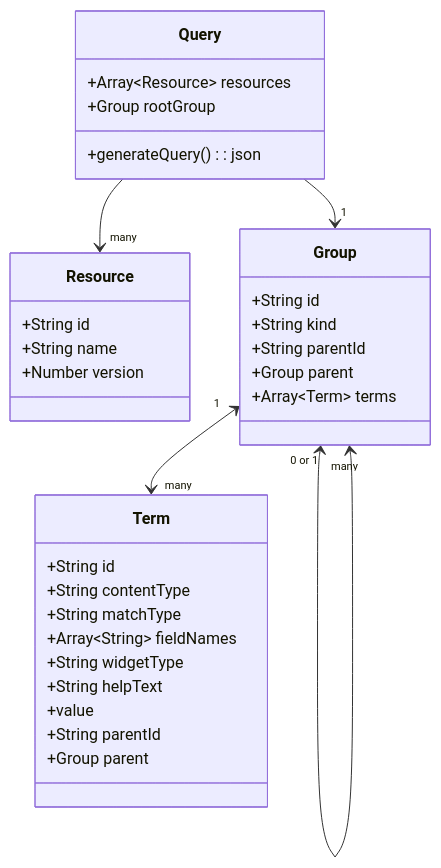
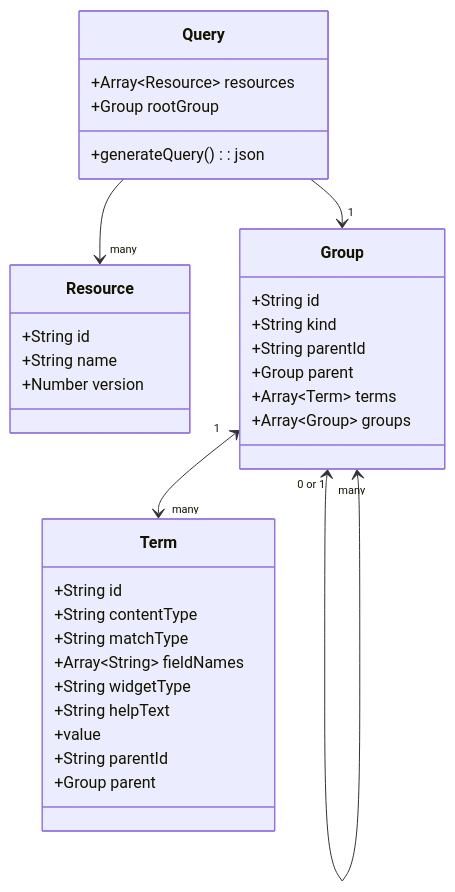
The second of 3 diagrams in docs/models.md (NaturalHistoryMuseum/portal-search-ui), drawn with Mermaid before and after one commit. The commit also changed 1 other file, not shown here.

Commit message:
feat: implement query models with pinia-orm

````diff
--- a/docs/models.md
+++ b/docs/models.md
@@ -25,39 +25,40 @@
 ```mermaid
 classDiagram
     class Query {
         +Array~Resource~ resources
         +Group rootGroup
         +generateQuery() : json
     }
 
     class Resource {
         +String id
         +String name
         +Number version
     }
 
     class Group {
         +String id
         +String kind
         +String parentId
         +Group parent
         +Array~Term~ terms
+        +Array~Group~ groups
     }
 
     class Term {
         +String id
         +String contentType
         +String matchType
         +Array~String~ fieldNames
         +String widgetType
         +String helpText
         +value
         +String parentId
         +Group parent
     }
 
     Query --> "many" Resource
     Query --> "1" Group
     Group "1" <--> "many" Term
     Group "0 or 1" <--> "many" Group
 ```
````
